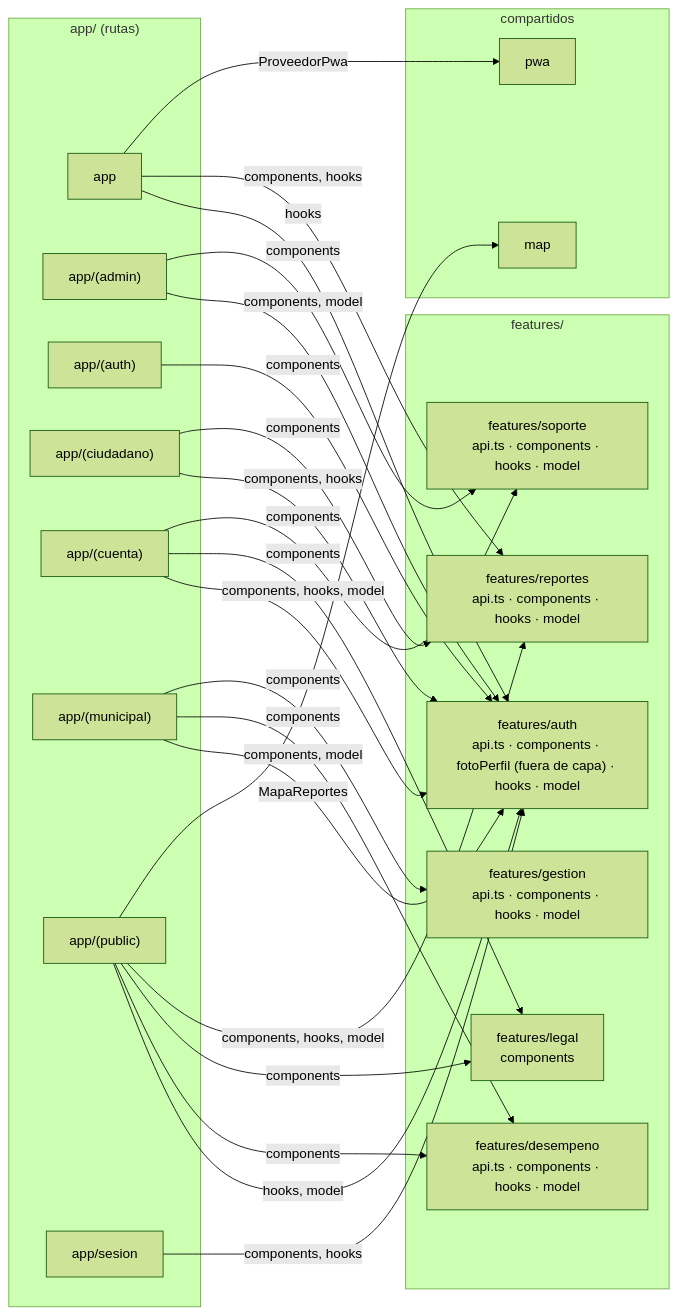
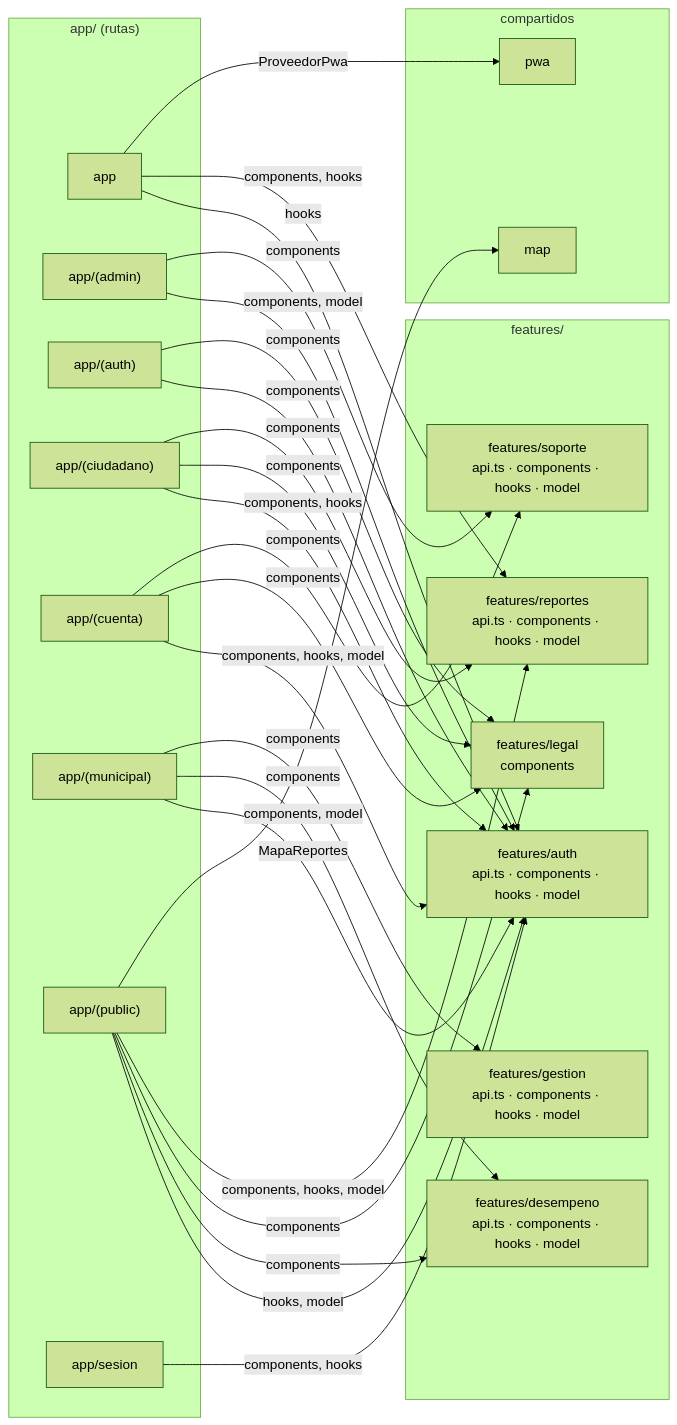
The second of 3 diagrams in docs/arquitectura/modulos.md (TP202620041/tesis), drawn with Mermaid (forest theme) before and after one commit. The commit also changed other lines of this file and 2 other files, not shown here.

Commit message:
DOC: diagramas de arquitectura (municipalidades, NC-02 en el modelo de datos y teselas por el Service Worker)

````diff
--- a/docs/arquitectura/modulos.md
+++ b/docs/arquitectura/modulos.md
@@ -81,45 +88,47 @@
 ```mermaid
 flowchart LR
   subgraph g_app_rutas["app/ (rutas)"]
     n_app["app"]
     n_app_admin["app/(admin)"]
     n_app_auth["app/(auth)"]
     n_app_ciudadano["app/(ciudadano)"]
     n_app_cuenta["app/(cuenta)"]
     n_app_municipal["app/(municipal)"]
     n_app_public["app/(public)"]
     n_app_sesion["app/sesion"]
   end
   subgraph g_features["features/"]
-    n_features_auth["features/auth<br/>api.ts · components · fotoPerfil (fuera de capa) · hooks · model"]
+    n_features_auth["features/auth<br/>api.ts · components · hooks · model"]
     n_features_desempeno["features/desempeno<br/>api.ts · components · hooks · model"]
     n_features_gestion["features/gestion<br/>api.ts · components · hooks · model"]
     n_features_legal["features/legal<br/>components"]
     n_features_reportes["features/reportes<br/>api.ts · components · hooks · model"]
     n_features_soporte["features/soporte<br/>api.ts · components · hooks · model"]
   end
   subgraph g_compartidos["compartidos"]
     n_map["map"]
     n_pwa["pwa"]
   end
   n_app -->|"hooks"| n_features_auth
   n_app -->|"components, hooks"| n_features_reportes
   n_app -->|"ProveedorPwa"| n_pwa
   n_app_admin -->|"components, model"| n_features_auth
   n_app_admin -->|"components"| n_features_soporte
   n_app_auth -->|"components"| n_features_auth
+  n_app_auth -->|"components"| n_features_legal
   n_app_ciudadano -->|"components, hooks"| n_features_auth
+  n_app_ciudadano -->|"components"| n_features_legal
   n_app_ciudadano -->|"components"| n_features_reportes
   n_app_cuenta -->|"components, hooks, model"| n_features_auth
   n_app_cuenta -->|"components"| n_features_legal
   n_app_cuenta -->|"components"| n_features_soporte
   n_app_municipal -->|"components, model"| n_features_auth
   n_app_municipal -->|"components"| n_features_desempeno
   n_app_municipal -->|"components"| n_features_gestion
   n_app_public -->|"hooks, model"| n_features_auth
   n_app_public -->|"components"| n_features_desempeno
   n_app_public -->|"components"| n_features_legal
   n_app_public -->|"components, hooks, model"| n_features_reportes
   n_app_public -->|"MapaReportes"| n_map
   n_app_sesion -->|"components, hooks"| n_features_auth
 ```
````
